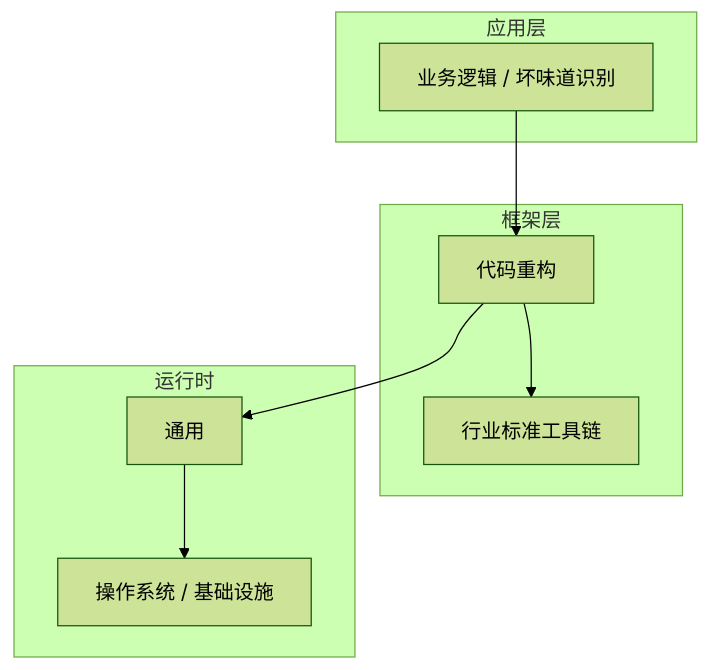
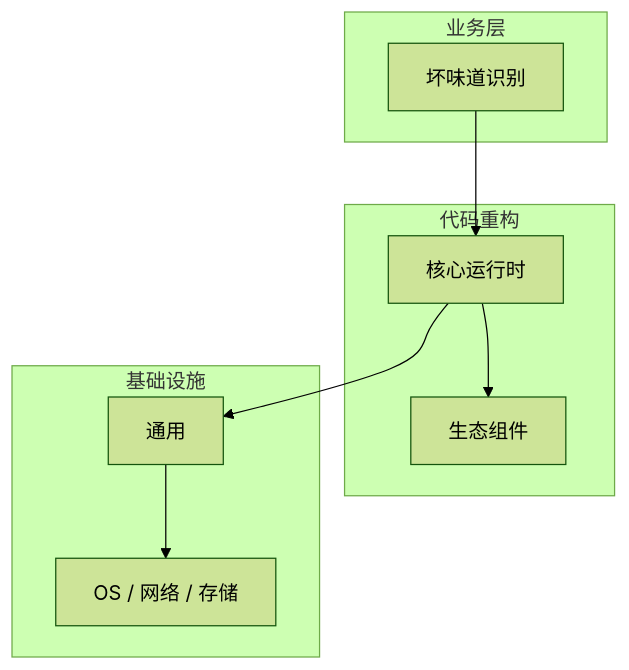
Before and after one commit to yanggan2015/knowledge-json-v2: the diagram in articles/代码重构/chapters/007-坏味道识别核心概念与原理.md, drawn with Mermaid (forest theme). The commit also changed other lines of this file and 10127 other files, not shown here.

````diff
--- a/articles/代码重构/chapters/007-坏味道识别核心概念与原理.md
+++ b/articles/代码重构/chapters/007-坏味道识别核心概念与原理.md
@@ -45,18 +34,18 @@
 ```mermaid
 graph TB
-    subgraph 应用层
-        A[业务逻辑 / 坏味道识别]
+    subgraph 业务层
+        A[坏味道识别]
     end
-    subgraph 框架层
-        B[代码重构]
-        C[行业标准工具链]
+    subgraph 代码重构
+        B[核心运行时]
+        C[生态组件]
     end
-    subgraph 运行时
+    subgraph 基础设施
         D[通用]
-        E[操作系统 / 基础设施]
+        E[OS / 网络 / 存储]
     end
     A --> B
     B --> C
     B --> D
     D --> E
 ```
````
